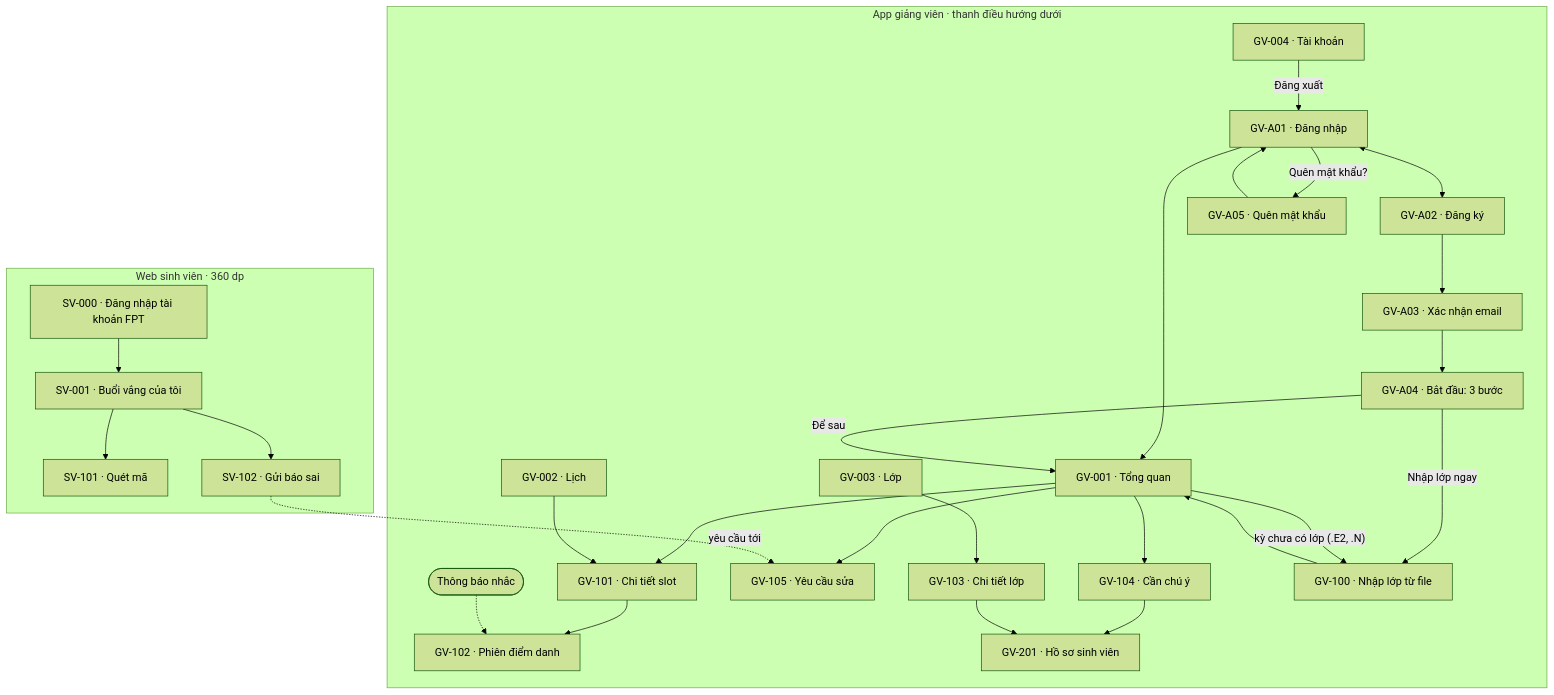
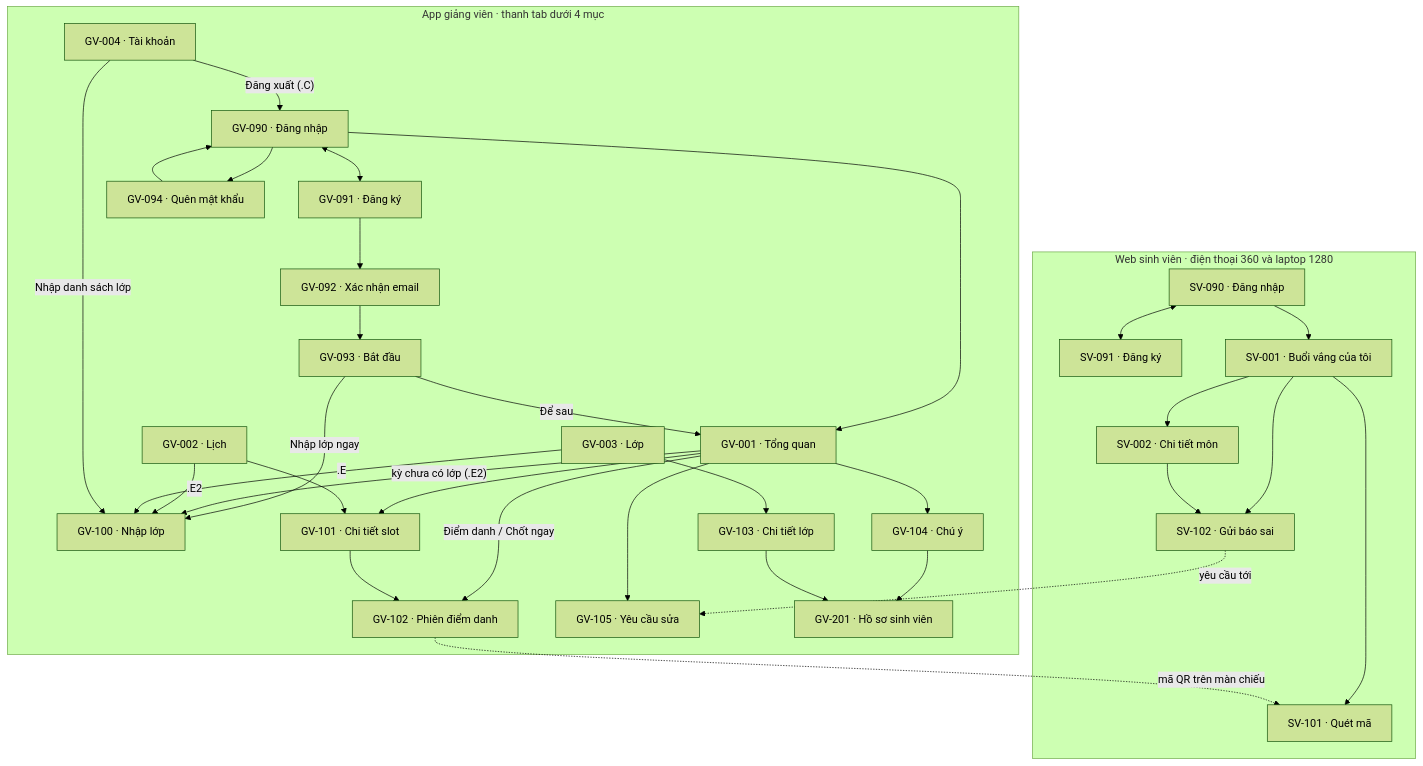
One commit to thiengthb/prm323-lab2-SE190533 changed the first of 7 diagrams in ux/user-flow.md. Above: the diagram before and after it, drawn with Mermaid (forest theme). The commit also changed other lines of this file and 4 other files, not shown here.

Commit message:
Tài liệu Lab 2 khớp Final UI: user-flow v1.0, screen-spec v2.0, handoff v2.0, DESIGN v3.1

````diff
--- a/ux/user-flow.md
+++ b/ux/user-flow.md
@@ -19,33 +20,39 @@
 ```mermaid
 flowchart TD
-    subgraph GV["App giảng viên · thanh điều hướng dưới"]
+    subgraph GV["App giảng viên · thanh tab dưới 4 mục"]
+        A0["GV-090 · Đăng nhập"] --> T1
+        A0 <--> A1["GV-091 · Đăng ký"]
+        A1 --> A2["GV-092 · Xác nhận email"] --> A3["GV-093 · Bắt đầu"]
+        A0 --> A4["GV-094 · Quên mật khẩu"] --> A0
+        A3 -->|"Nhập lớp ngay"| S100
+        A3 -->|"Để sau"| T1
         T1["GV-001 · Tổng quan"]
         T2["GV-002 · Lịch"]
         T3["GV-003 · Lớp"]
         T4["GV-004 · Tài khoản"]
         T1 --> S101["GV-101 · Chi tiết slot"]
         T2 --> S101
+        T1 -->|"Điểm danh / Chốt ngay"| S102
         S101 --> S102["GV-102 · Phiên điểm danh"]
-        T1 --> S104["GV-104 · Cần chú ý"]
+        T1 --> S104["GV-104 · Chú ý"]
         T1 --> S105["GV-105 · Yêu cầu sửa"]
         T3 --> S103["GV-103 · Chi tiết lớp"]
         S104 --> S201["GV-201 · Hồ sơ sinh viên"]
         S103 --> S201
-        N(["Thông báo nhắc"]) -.-> S102
-        A1["GV-A01 · Đăng nhập"] --> T1
-        A2["GV-A02 · Đăng ký"] --> A3["GV-A03 · Xác nhận email"] --> A4["GV-A04 · Bắt đầu: 3 bước"]
-        A4 -->|"Nhập lớp ngay"| S100
-        A4 -->|"Để sau"| T1
-        A1 -->|"Quên mật khẩu?"| A5["GV-A05 · Quên mật khẩu"] --> A1
-        A1 <--> A2
-        T1 -->|"kỳ chưa có lớp (.E2, .N)"| S100["GV-100 · Nhập lớp từ file"]
-        S100 --> T1
-        T4 -->|"Đăng xuất"| A1
+        T1 -->|"kỳ chưa có lớp (.E2)"| S100["GV-100 · Nhập lớp"]
+        T2 -->|".E2"| S100
+        T3 -->|".E"| S100
+        T4 -->|"Nhập danh sách lớp"| S100
+        T4 -->|"Đăng xuất (.C)"| A0
     end
-    subgraph SV["Web sinh viên · 360 dp"]
-        W0["SV-000 · Đăng nhập tài khoản FPT"] --> W1["SV-001 · Buổi vắng của tôi"]
+    subgraph SV["Web sinh viên · điện thoại 360 và laptop 1280"]
+        W0["SV-090 · Đăng nhập"] <--> W9["SV-091 · Đăng ký"]
+        W0 --> W1["SV-001 · Buổi vắng của tôi"]
         W1 --> W2["SV-101 · Quét mã"]
+        W1 --> W4["SV-002 · Chi tiết môn"]
         W1 --> W3["SV-102 · Gửi báo sai"]
+        W4 --> W3
     end
     W3 -.->|"yêu cầu tới"| S105
+    S102 -.->|"mã QR trên màn chiếu"| W2
 ```
````
